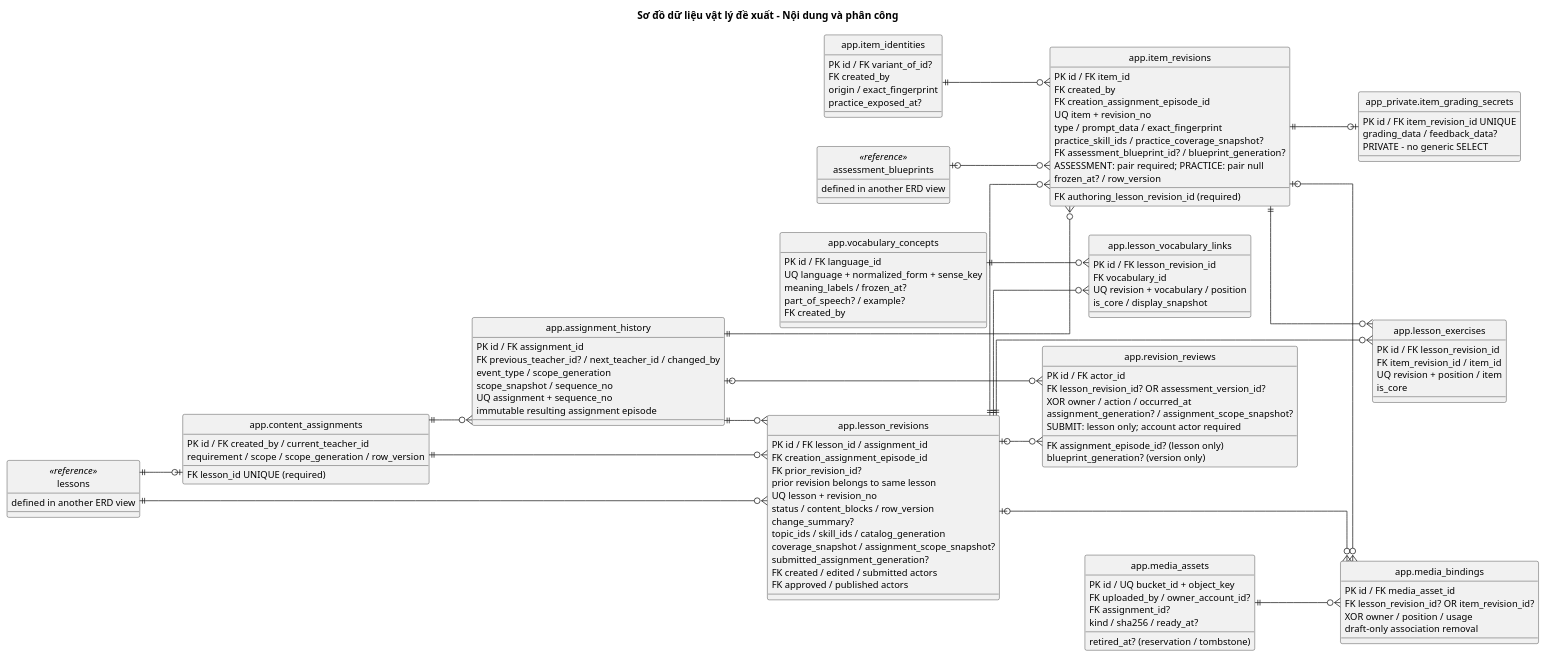
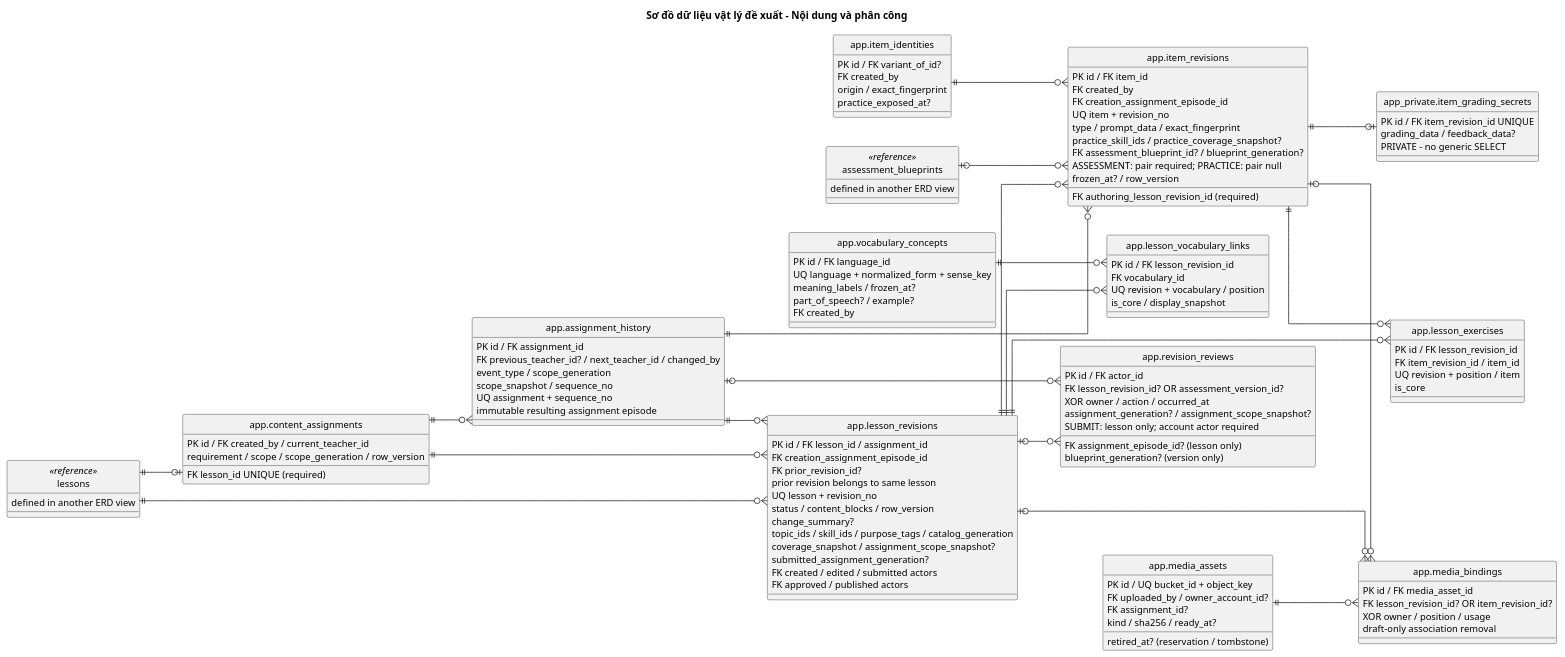
One commit to PhamNguyenThanhTung/lingora-workspace changed the second of 4 diagrams in docs/design/physical/physical-erd.puml. Above: the diagram before and after it, drawn with PlantUML. The commit also changed other lines of this file and 98 other files, not shown here.

```diff
--- a/docs/design/physical/physical-erd.puml
+++ b/docs/design/physical/physical-erd.puml
@@ -89,130 +89,130 @@
 @startuml physical-erd-content
 ' classification: PROPOSED PHYSICAL DESIGN - NOT IMPLEMENTED
 skinparam backgroundColor white
 skinparam monochrome true
 skinparam shadowing false
 skinparam defaultFontName Arial
 skinparam defaultFontSize 13
 skinparam linetype ortho
 skinparam nodesep 40
 skinparam ranksep 60
 hide circle
 left to right direction
 title Sơ đồ dữ liệu vật lý đề xuất – Nội dung và phân công
 entity "app.lesson_revisions" as lesson_revisions {
   PK id / FK lesson_id / assignment_id
   FK creation_assignment_episode_id
   FK prior_revision_id?
   prior revision belongs to same lesson
   UQ lesson + revision_no
   status / content_blocks / row_version
   change_summary?
-  topic_ids / skill_ids / catalog_generation
+  topic_ids / skill_ids / purpose_tags / catalog_generation
   coverage_snapshot / assignment_scope_snapshot?
   submitted_assignment_generation?
   FK created / edited / submitted actors
   FK approved / published actors
 }
 entity "app.vocabulary_concepts" as vocabulary_concepts {
   PK id / FK language_id
   UQ language + normalized_form + sense_key
   meaning_labels / frozen_at?
   part_of_speech? / example?
   FK created_by
 }
 entity "app.lesson_vocabulary_links" as lesson_vocabulary_links {
   PK id / FK lesson_revision_id
   FK vocabulary_id
   UQ revision + vocabulary / position
   is_core / display_snapshot
 }
 entity "app.item_identities" as item_identities {
   PK id / FK variant_of_id?
   FK created_by
   origin / exact_fingerprint
   practice_exposed_at?
 }
 entity "app.item_revisions" as item_revisions {
   PK id / FK item_id
   FK created_by
   FK creation_assignment_episode_id
   UQ item + revision_no
   type / prompt_data / exact_fingerprint
   practice_skill_ids / practice_coverage_snapshot?
   FK authoring_lesson_revision_id (required)
   FK assessment_blueprint_id? / blueprint_generation?
   ASSESSMENT: pair required; PRACTICE: pair null
   frozen_at? / row_version
 }
 entity "app_private.item_grading_secrets" as item_grading_secrets {
   PK id / FK item_revision_id UNIQUE
   grading_data / feedback_data?
   PRIVATE - no generic SELECT
 }
 entity "app.lesson_exercises" as lesson_exercises {
   PK id / FK lesson_revision_id
   FK item_revision_id / item_id
   UQ revision + position / item
   is_core
 }
 entity "app.media_assets" as media_assets {
   PK id / UQ bucket_id + object_key
   FK uploaded_by / owner_account_id?
   FK assignment_id?
   kind / sha256 / ready_at?
   retired_at? (reservation / tombstone)
 }
 entity "app.media_bindings" as media_bindings {
   PK id / FK media_asset_id
   FK lesson_revision_id? OR item_revision_id?
   XOR owner / position / usage
   draft-only association removal
 }
 entity "app.content_assignments" as content_assignments {
   PK id / FK created_by / current_teacher_id
   FK lesson_id UNIQUE (required)
   requirement / scope / scope_generation / row_version
 }
 entity "app.assignment_history" as assignment_history {
   PK id / FK assignment_id
   FK previous_teacher_id? / next_teacher_id / changed_by
   event_type / scope_generation
   scope_snapshot / sequence_no
   UQ assignment + sequence_no
   immutable resulting assignment episode
 }
 entity "app.revision_reviews" as revision_reviews {
   PK id / FK actor_id
   FK lesson_revision_id? OR assessment_version_id?
   XOR owner / action / occurred_at
   FK assignment_episode_id? (lesson only)
   assignment_generation? / assignment_scope_snapshot?
   blueprint_generation? (version only)
   SUBMIT: lesson only; account actor required
 }
 entity "lessons" as lessons <<reference>> {
   defined in another ERD view
 }
 entity "assessment_blueprints" as assessment_blueprints <<reference>> {
   defined in another ERD view
 }
 lessons ||--o{ lesson_revisions
 lessons ||--o| content_assignments
 content_assignments ||--o{ lesson_revisions
 content_assignments ||--o{ assignment_history
 assignment_history ||--o{ lesson_revisions
 assignment_history ||--o{ item_revisions
 assignment_history |o--o{ revision_reviews
 lesson_revisions |o--o{ revision_reviews
 lesson_revisions ||--o{ item_revisions
 assessment_blueprints |o--o{ item_revisions
 lesson_revisions ||--o{ lesson_exercises
 lesson_revisions ||--o{ lesson_vocabulary_links
 vocabulary_concepts ||--o{ lesson_vocabulary_links
 item_identities ||--o{ item_revisions
 item_revisions ||--o| item_grading_secrets
 item_revisions ||--o{ lesson_exercises
 media_assets ||--o{ media_bindings
 lesson_revisions |o--o{ media_bindings
 item_revisions |o--o{ media_bindings
 @enduml
```
